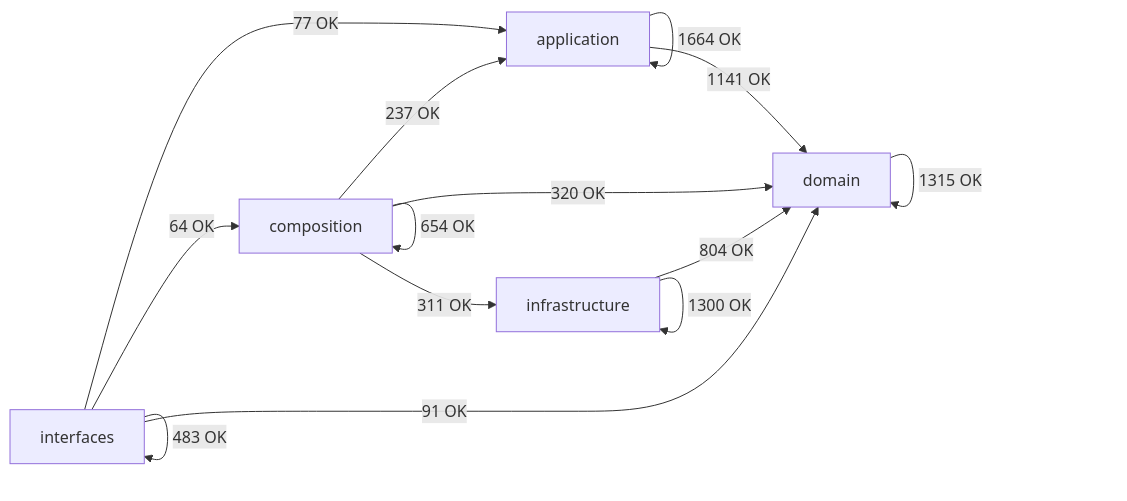
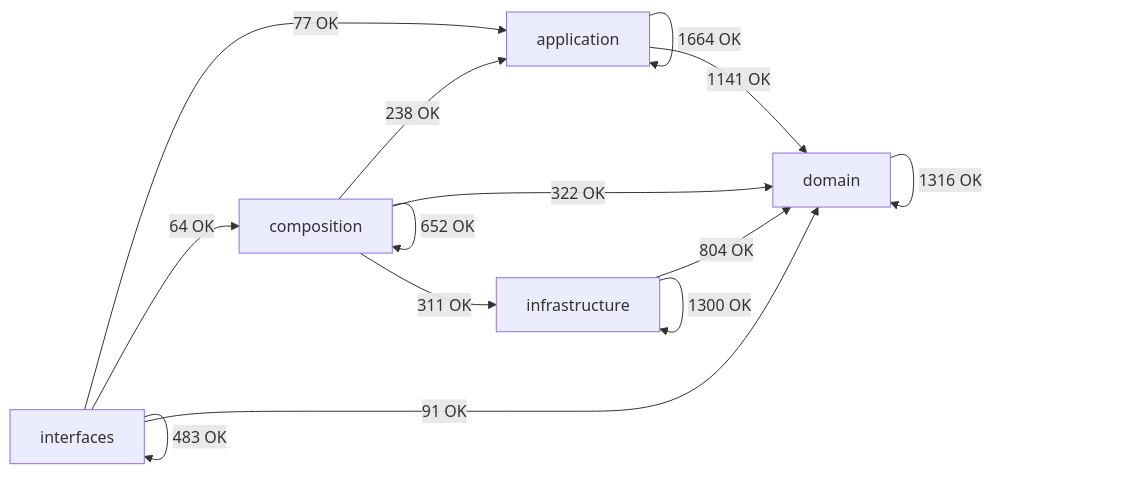
The diagram in docs/02-architecture/generated/module-dependency-map.md (SatoryKono/BioactivityDataAcquisition), drawn with Mermaid before and after one commit. The commit also changed other lines of this file and 195 other files, not shown here.

````diff
--- a/docs/02-architecture/generated/module-dependency-map.md
+++ b/docs/02-architecture/generated/module-dependency-map.md
@@ -17,21 +17,21 @@
 ```mermaid
 flowchart LR
     domain[domain]
     application[application]
     infrastructure[infrastructure]
     composition[composition]
     interfaces[interfaces]
     application -->|1664 OK| application
     application -->|1141 OK| domain
-    composition -->|237 OK| application
-    composition -->|654 OK| composition
-    composition -->|320 OK| domain
+    composition -->|238 OK| application
+    composition -->|652 OK| composition
+    composition -->|322 OK| domain
     composition -->|311 OK| infrastructure
-    domain -->|1315 OK| domain
+    domain -->|1316 OK| domain
     infrastructure -->|804 OK| domain
     infrastructure -->|1300 OK| infrastructure
     interfaces -->|77 OK| application
     interfaces -->|64 OK| composition
     interfaces -->|91 OK| domain
     interfaces -->|483 OK| interfaces
 ```
````
